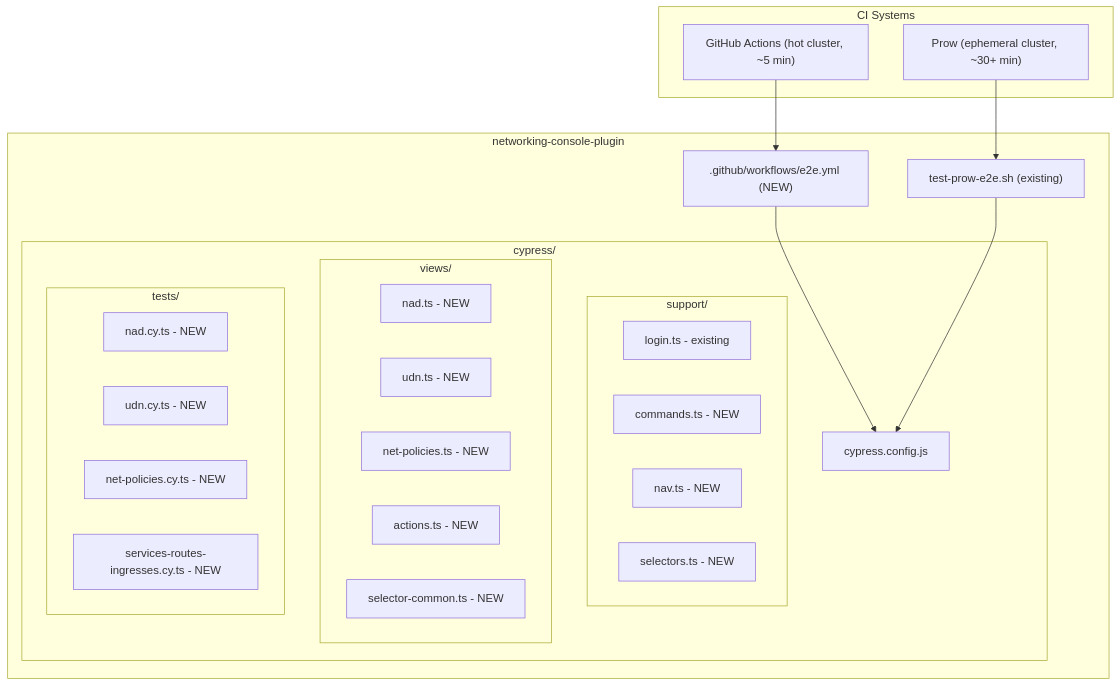
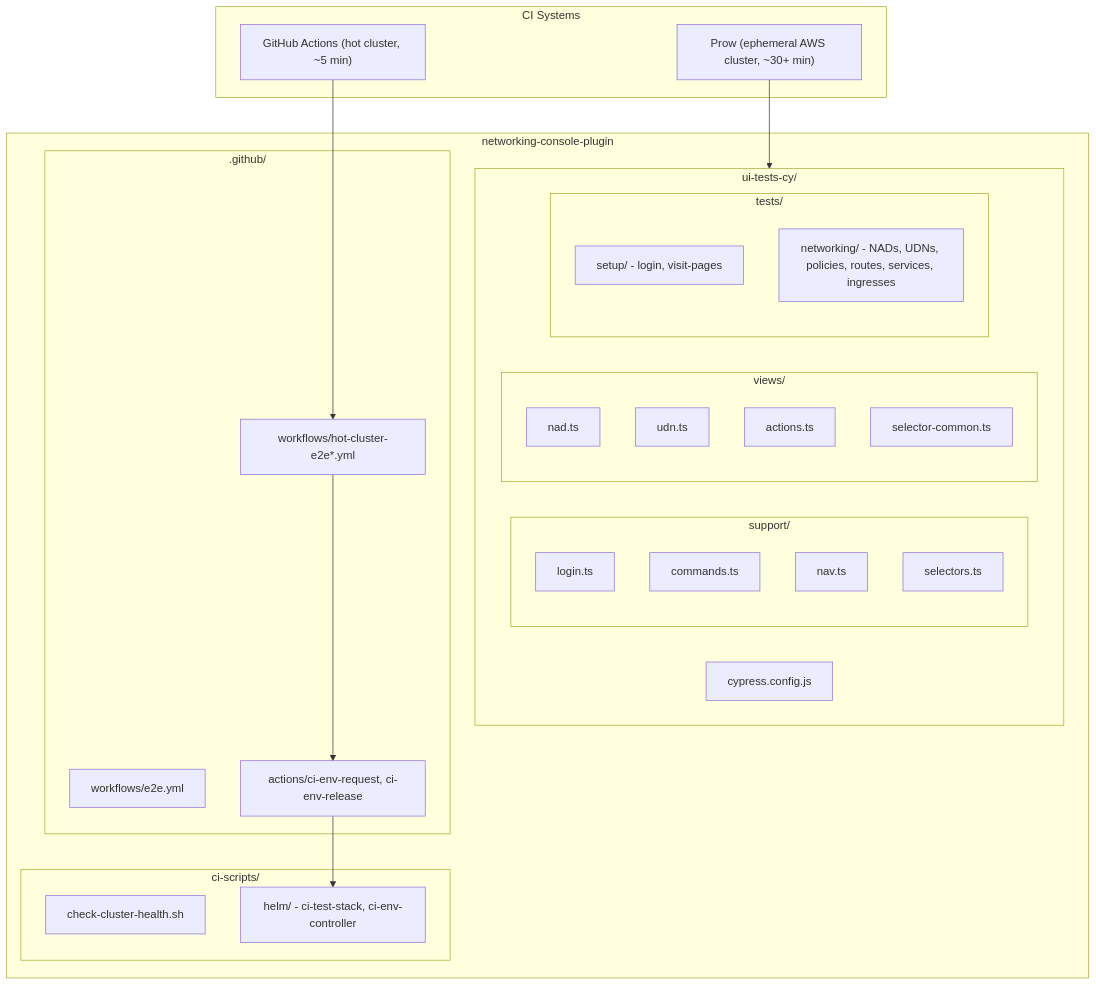
Before and after one commit to openshift/networking-console-plugin: the diagram in ui-tests-cy/PLAN.md, drawn with Mermaid. The commit also changed other lines of this file and 9 other files, not shown here.

````diff
--- a/ui-tests-cy/PLAN.md
+++ b/ui-tests-cy/PLAN.md
@@ -73,39 +60,42 @@
 ```mermaid
 graph TD
     subgraph ciSystems [CI Systems]
         ghActions["GitHub Actions (hot cluster, ~5 min)"]
-        prow["Prow (ephemeral cluster, ~30+ min)"]
+        prow["Prow (ephemeral AWS cluster, ~30+ min)"]
     end
 
     subgraph repo [networking-console-plugin]
-        subgraph integrationTests [cypress/]
+        subgraph uiTestsCy [ui-tests-cy/]
             cypressConfig[cypress.config.js]
             subgraph support [support/]
-                login[login.ts - existing]
-                commands[commands.ts - NEW]
-                nav[nav.ts - NEW]
-                selectors[selectors.ts - NEW]
+                login[login.ts]
+                commands[commands.ts]
+                nav[nav.ts]
+                selectors[selectors.ts]
             end
             subgraph views [views/]
-                nadView[nad.ts - NEW]
-                udnView[udn.ts - NEW]
-                netPolView[net-policies.ts - NEW]
-                actionsView[actions.ts - NEW]
-                selectorCommon[selector-common.ts - NEW]
+                nadView[nad.ts]
+                udnView[udn.ts]
+                actionsView[actions.ts]
+                selectorCommon[selector-common.ts]
             end
             subgraph tests [tests/]
-                nadSpec[nad.cy.ts - NEW]
-                udnSpec[udn.cy.ts - NEW]
-                netPolSpec[net-policies.cy.ts - NEW]
-                sriSpec[services-routes-ingresses.cy.ts - NEW]
+                setupTests[setup/ - login, visit-pages]
+                networkingTests[networking/ - NADs, UDNs, policies, routes, services, ingresses]
             end
         end
-        prowScript["test-prow-e2e.sh (existing)"]
-        ghWorkflow[".github/workflows/e2e.yml (NEW)"]
+        subgraph ciScripts [ci-scripts/]
+            healthCheck[check-cluster-health.sh]
+            helmCharts[helm/ - ci-test-stack, ci-env-controller]
+        end
+        subgraph ghWorkflows [.github/]
+            e2eYml[workflows/e2e.yml]
+            hotCluster[workflows/hot-cluster-e2e*.yml]
+            actions[actions/ci-env-request, ci-env-release]
+        end
     end
 
-    ghActions --> ghWorkflow
-    prow --> prowScript
-    ghWorkflow --> cypressConfig
-    prowScript --> cypressConfig
+    ghActions --> hotCluster
+    prow --> uiTestsCy
+    hotCluster --> actions --> helmCharts
 ```
````
